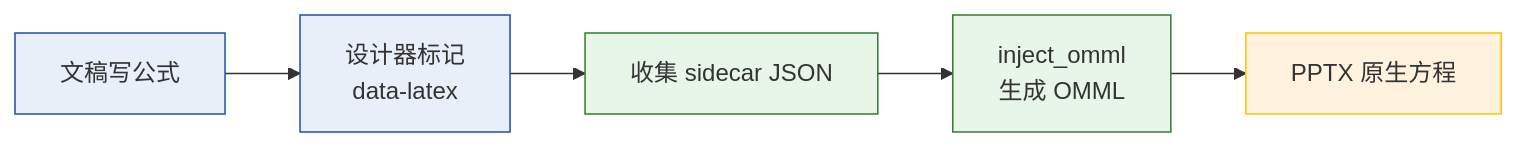
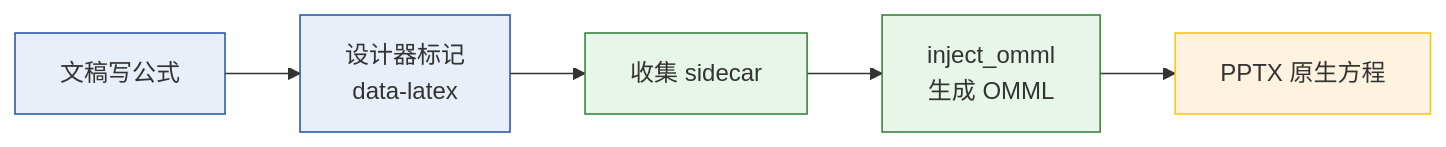
One commit to int2t05/internship changed the tenth of 13 diagrams in manuscript.md. Above: the diagram before and after it, drawn with Mermaid. The commit also changed other lines of this file and 5 other files, not shown here.

````diff
--- a/manuscript.md
+++ b/manuscript.md
@@ -376,13 +363,13 @@
 ```mermaid
 flowchart LR
     R["文稿写公式"] --> D["设计器标记<br/>data-latex"]
-    D --> C["收集 sidecar JSON"]
+    D --> C["收集 sidecar"]
     C --> I["inject_omml<br/>生成 OMML"]
     I --> P["PPTX 原生方程"]
     classDef doc fill:#E8EFF8,stroke:#1E4FA8
     classDef inject fill:#E8F5E9,stroke:#2E7D32
     classDef out fill:#FFF3E0,stroke:#FFC107
     class R,D doc
     class C,I inject
     class P out
 ```
````
